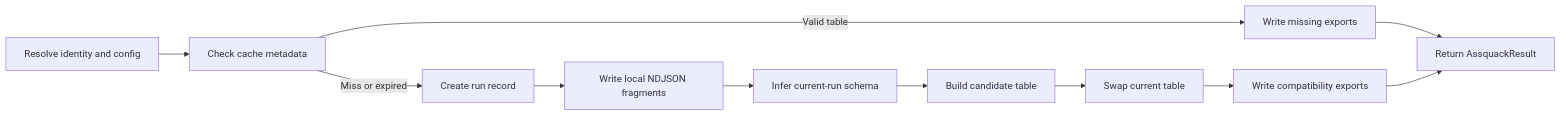
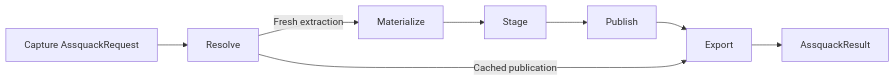
The diagram in docs/materialization-lifecycle.md (RFARQ3/assquack), drawn with Mermaid before and after one commit. The commit also changed other lines of this file and 79 other files, not shown here.

````diff
--- a/docs/materialization-lifecycle.md
+++ b/docs/materialization-lifecycle.md
@@ -10,13 +15,10 @@
 ```mermaid
 flowchart LR
-  Resolve[Resolve identity and config] --> Cache[Check cache metadata]
-  Cache -->|Miss or expired| Run[Create run record]
-  Cache -->|Valid table| Retry[Write missing exports]
-  Retry --> Result
-  Run --> Capture[Write local NDJSON fragments]
-  Capture --> Infer[Infer current-run schema]
-  Infer --> Candidate[Build candidate table]
-  Candidate --> Commit[Swap current table]
-  Commit --> Export[Write compatibility exports]
-  Export --> Result[Return AssquackResult]
+  Request[Capture AssquackRequest] --> Resolve
+  Resolve -->|Fresh extraction| Materialize
+  Materialize --> Stage
+  Stage --> Publish
+  Publish --> Export
+  Resolve -->|Cached publication| Export
+  Export --> Result[AssquackResult]
 ```
````
